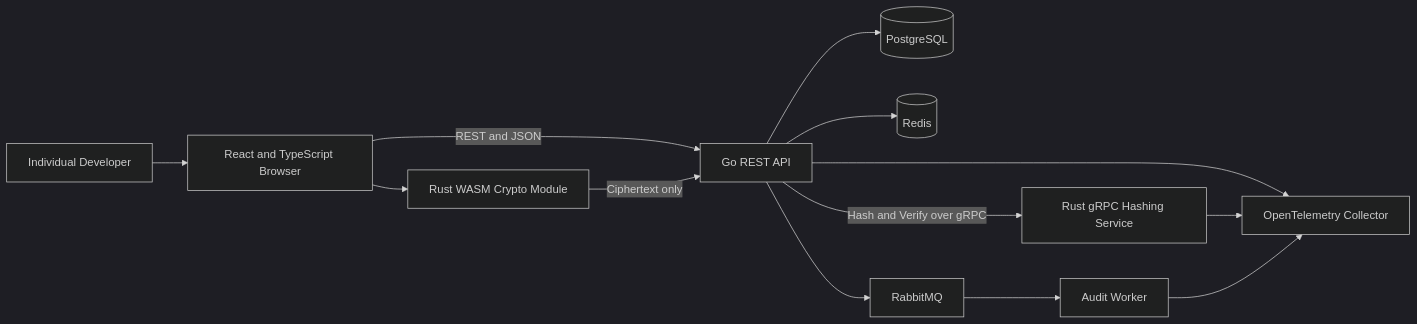
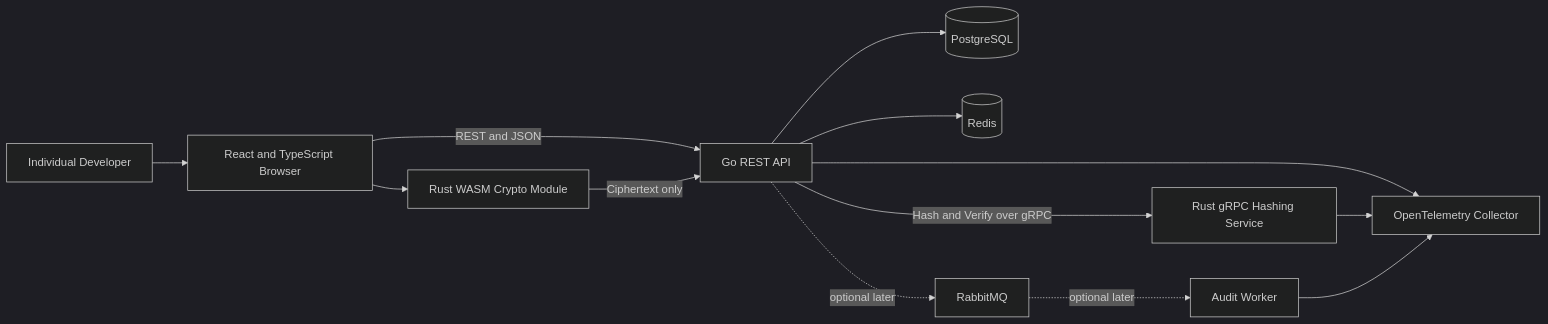
One commit to martinrgarciap/vaultforge changed the seventh of 7 diagrams in docs/architecture.md. Above: the diagram before and after it, drawn with Mermaid (dark theme). The commit also changed other lines of this file and 23 other files, not shown here.

````diff
--- a/docs/architecture.md
+++ b/docs/architecture.md
@@ -511,26 +527,26 @@
 ```mermaid
 flowchart LR
     U[Individual Developer]
     B[React and TypeScript Browser]
     W[Rust WASM Crypto Module]
     A[Go REST API]
     H[Rust gRPC Hashing Service]
     P[(PostgreSQL)]
     R[(Redis)]
     Q[RabbitMQ]
     K[Audit Worker]
     O[OpenTelemetry Collector]
 
     U --> B
     B --> W
     B -->|REST and JSON| A
     W -->|Ciphertext only| A
     A -->|Hash and Verify over gRPC| H
     A --> P
     A --> R
-    A --> Q
-    Q --> K
+    A -. optional later .-> Q
+    Q -. optional later .-> K
     A --> O
     H --> O
     K --> O
 ```
````
